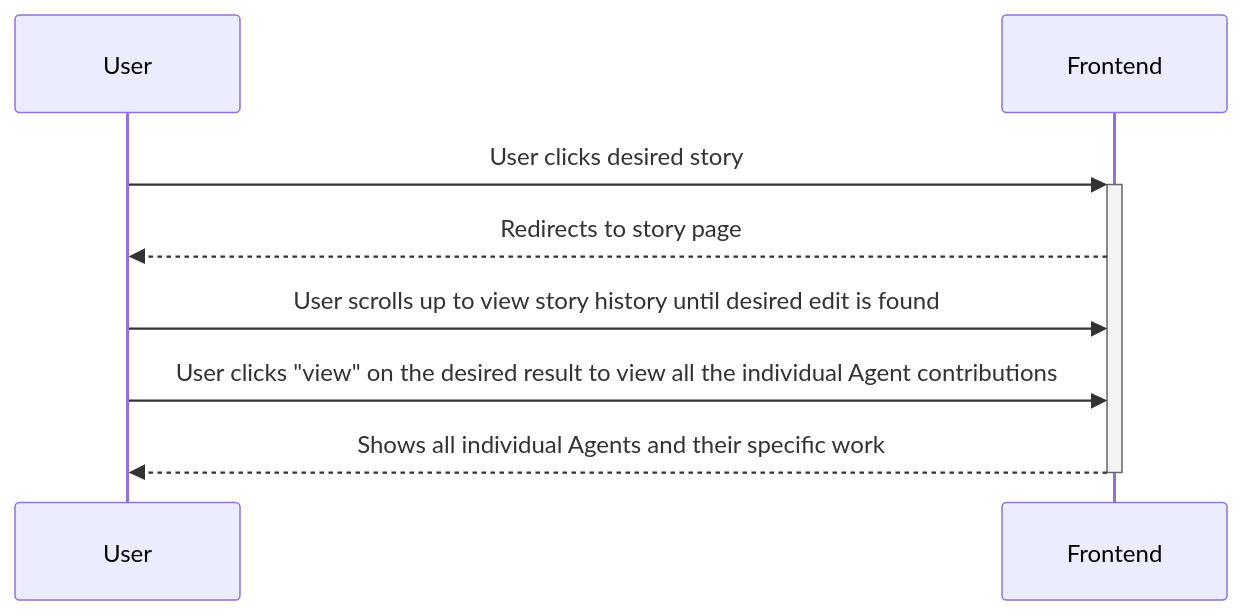
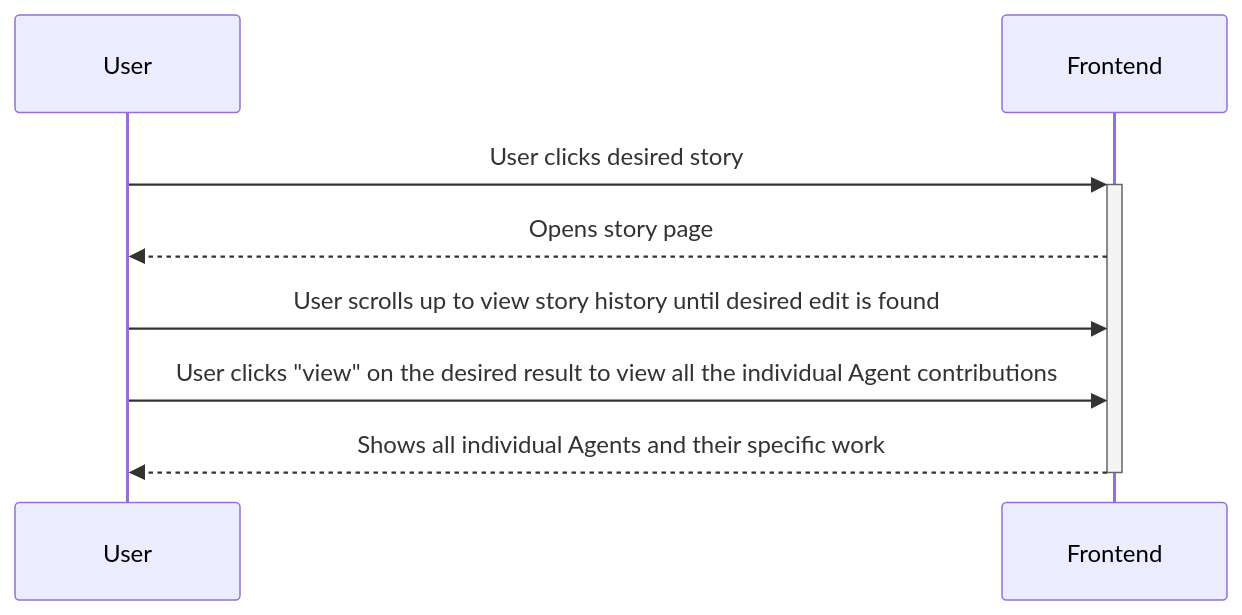
One commit to Capstone-Projects-2025-Spring/project-003-story-builder-team-1 changed the fifth of 6 diagrams in documentation/docs/system-architecture/sequence-diagrams.md. Above: the diagram before and after it, drawn with Mermaid. The commit also changed other lines of this file, not shown here.

Commit message:
Removed mentions of redirects and replaced them with popup modals

````diff
--- a/documentation/docs/system-architecture/sequence-diagrams.md
+++ b/documentation/docs/system-architecture/sequence-diagrams.md
@@ -106,10 +106,10 @@
 ```mermaid
 sequenceDiagram
     participant User
     participant Frontend
     User->>+Frontend: User clicks desired story
-    Frontend-->>User: Redirects to story page
+    Frontend-->>User: Opens story page
     User->>Frontend: User scrolls up to view story history until desired edit is found
     User->>Frontend: User clicks "view" on the desired result to view all the individual Agent contributions
     Frontend-->>-User: Shows all individual Agents and their specific work
 ```
````
